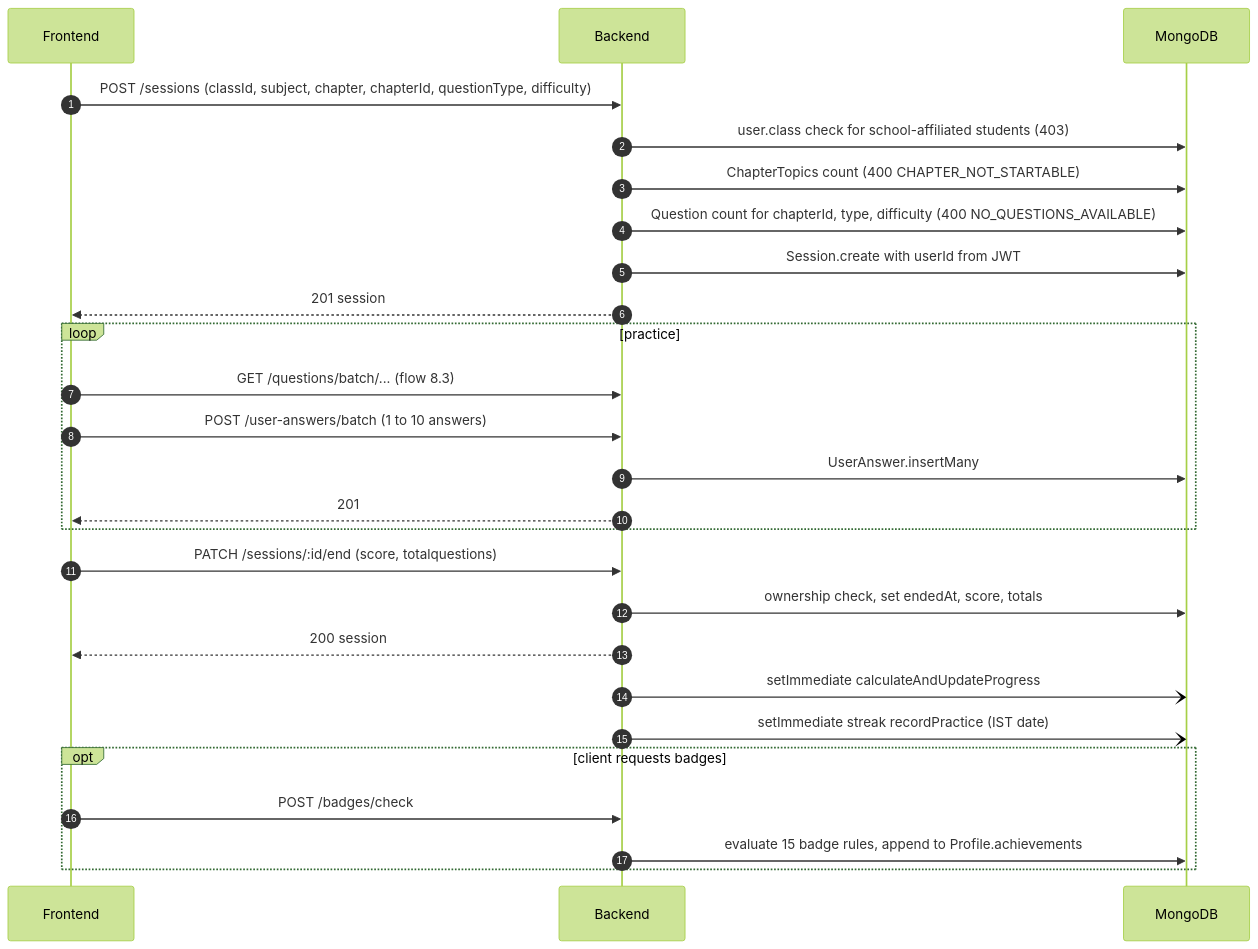
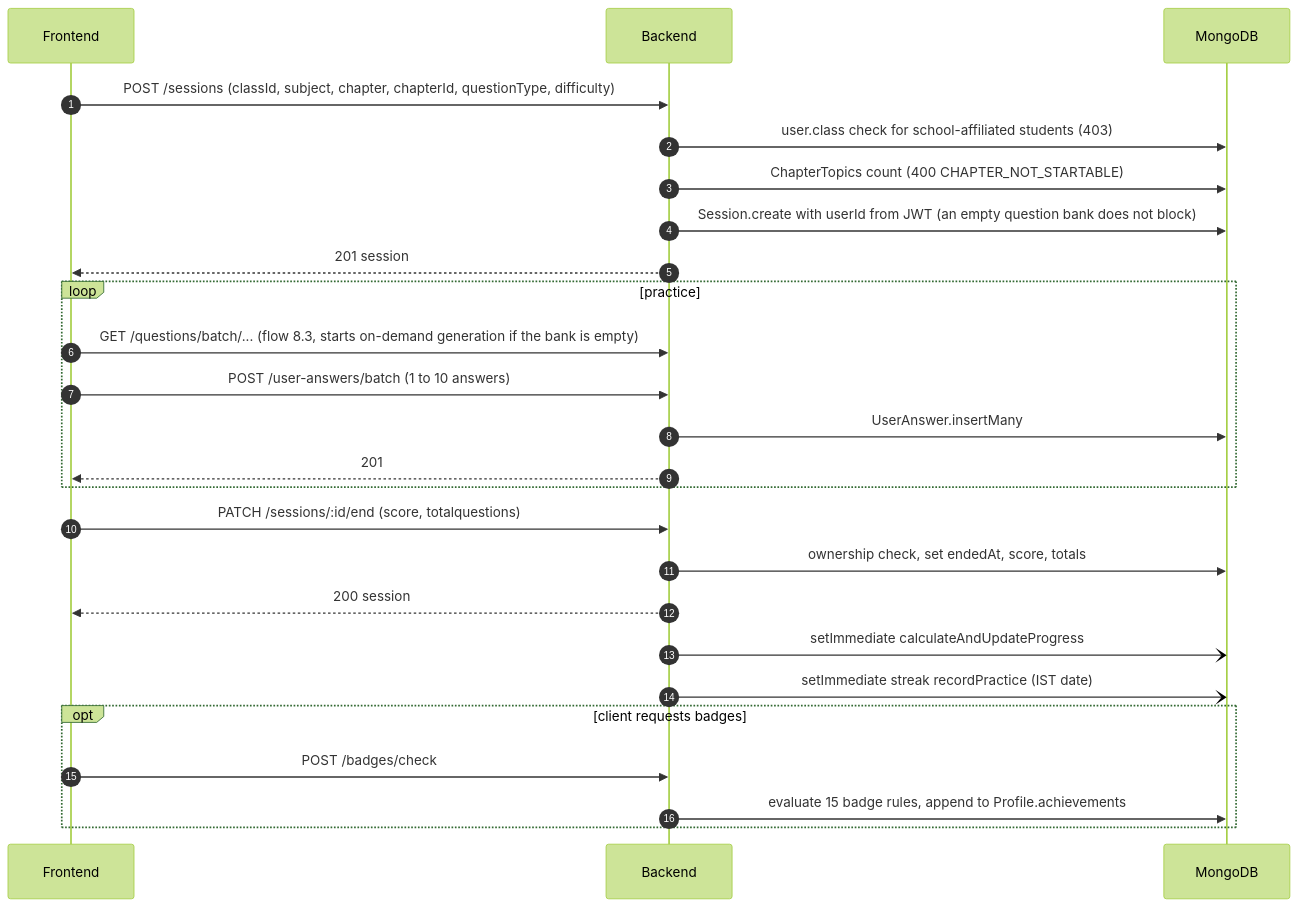
Before and after one commit to AskAide-AI/docs: the ninth of 13 diagrams in docs/backend/lld.md, drawn with Mermaid (forest theme).

Commit message:
docs: session start no longer blocks on an empty question bank

````diff
--- a/docs/backend/lld.md
+++ b/docs/backend/lld.md
@@ -769,28 +769,27 @@
 ```mermaid
 sequenceDiagram
     autonumber
     participant FE as Frontend
     participant BE as Backend
     participant DB as MongoDB
     FE->>BE: POST /sessions (classId, subject, chapter, chapterId, questionType, difficulty)
     BE->>DB: user.class check for school-affiliated students (403)
     BE->>DB: ChapterTopics count (400 CHAPTER_NOT_STARTABLE)
-    BE->>DB: Question count for chapterId, type, difficulty (400 NO_QUESTIONS_AVAILABLE)
-    BE->>DB: Session.create with userId from JWT
+    BE->>DB: Session.create with userId from JWT (an empty question bank does not block)
     BE-->>FE: 201 session
     loop practice
-        FE->>BE: GET /questions/batch/... (flow 8.3)
+        FE->>BE: GET /questions/batch/... (flow 8.3, starts on-demand generation if the bank is empty)
         FE->>BE: POST /user-answers/batch (1 to 10 answers)
         BE->>DB: UserAnswer.insertMany
         BE-->>FE: 201
     end
     FE->>BE: PATCH /sessions/:id/end (score, totalquestions)
     BE->>DB: ownership check, set endedAt, score, totals
     BE-->>FE: 200 session
     BE-)DB: setImmediate calculateAndUpdateProgress
     BE-)DB: setImmediate streak recordPractice (IST date)
     opt client requests badges
         FE->>BE: POST /badges/check
         BE->>DB: evaluate 15 badge rules, append to Profile.achievements
     end
 ```
````
